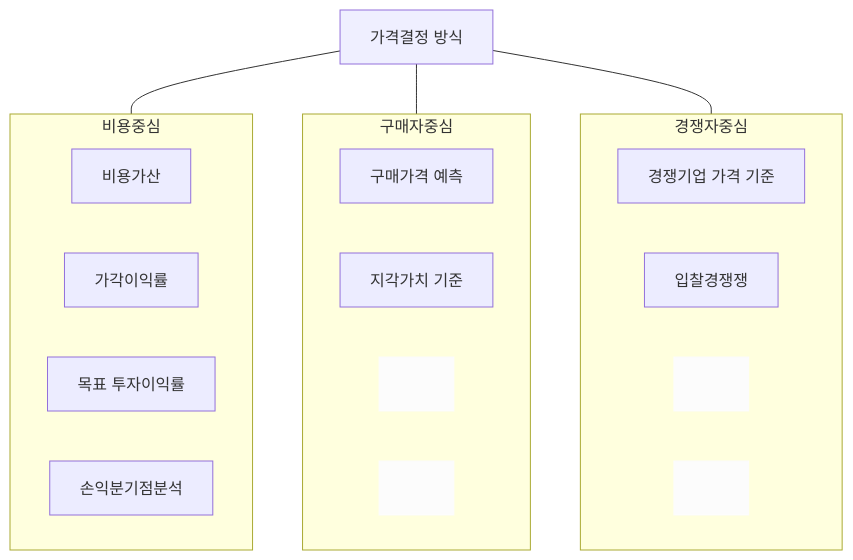
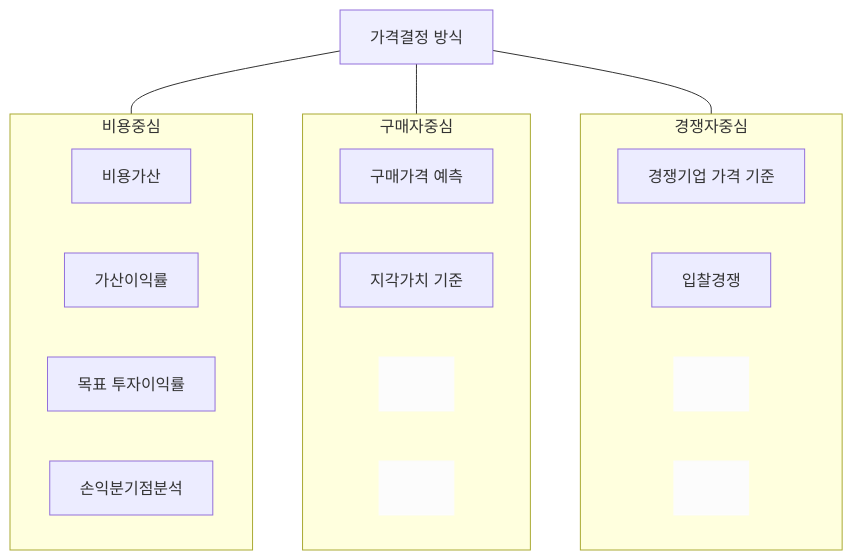
The second of 5 diagrams in 0103구매와외주전략.qmd (yeonkyupark/pepc2e), drawn with Mermaid before and after one commit. The commit also changed other lines of this file, not shown here.

````diff
--- a/0103구매와외주전략.qmd
+++ b/0103구매와외주전략.qmd
@@ -69,29 +69,29 @@
 ```{mermaid}
 flowchart TB
 subgraph 비용중심
 나1[비용가산]
-나2[가각이익률]
+나2[가산이익률]
 나3[목표 투자이익률]
 나4[손익분기점분석]
 end
 subgraph 구매자중심
 direction LR
 다1[구매가격 예측]
 다2[지각가치 기준]
 다3[ㅤ]:::transclass
 다4[ㅤ]:::transclass
 end
 subgraph 경쟁자중심
 direction LR
 라1[경쟁기업 가격 기준]
-라2[입찰경쟁쟁]
+라2[입찰경쟁]
 라3[ㅤ]:::transclass
 라4[ㅤ]:::transclass
 end
 가[가격결정 방식] --- 비용중심 
 가[가격결정 방식] --- 구매자중심 
 가[가격결정 방식] --- 경쟁자중심
 
 style 가 fill:#efefff
 classDef transclass fill:#fcfcfc, stroke:#fcfcfc
 ```
````
